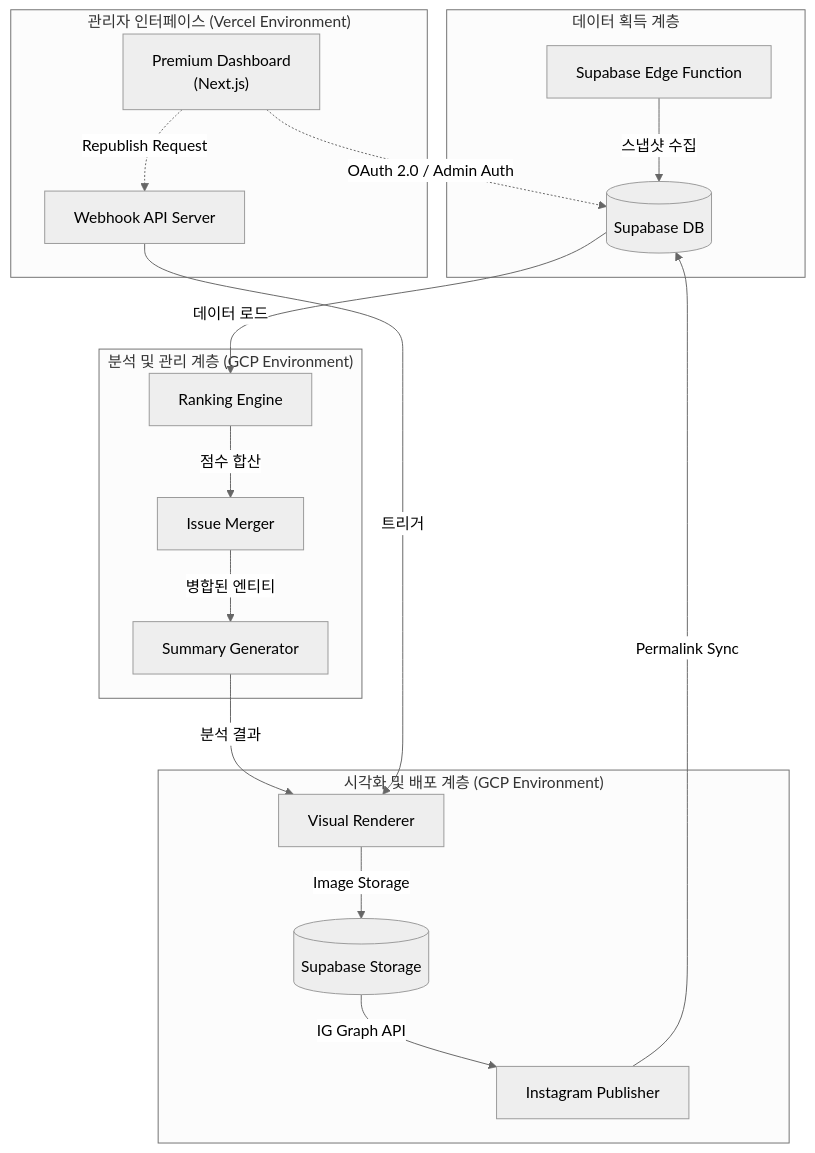
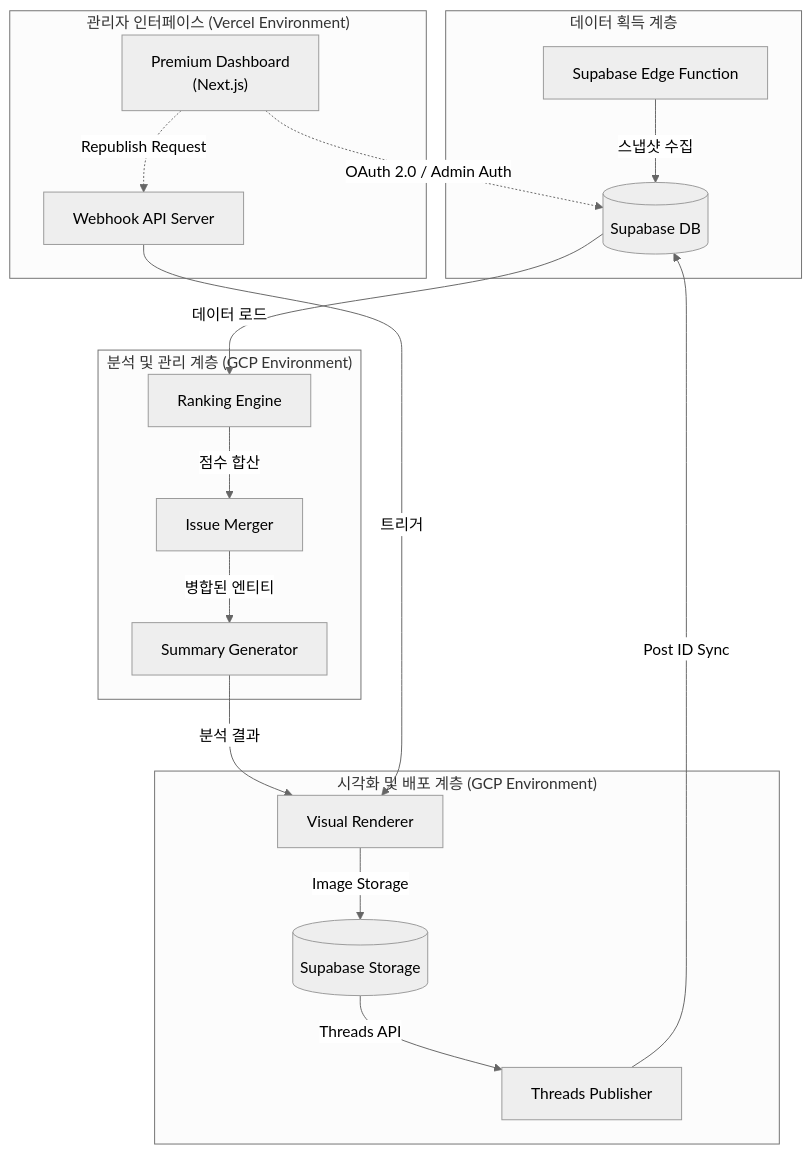
The diagram in README.md (Jay-Bang/ITssue), drawn with Mermaid (neutral theme) before and after one commit. The commit also changed other lines of this file and 7 other files, not shown here.

Commit message:
docs: pivot to Threads-centric documentation and cleanup legacy Instagram assets

````diff
--- a/README.md
+++ b/README.md
@@ -43,22 +43,22 @@
 ```mermaid
 graph TD;
     subgraph "데이터 획득 계층"
         A["Supabase Edge Function"] -- 스냅샷 수집 --> B[("Supabase DB")];
     end
     subgraph "분석 및 관리 계층 (GCP Environment)"
         B -- 데이터 로드 --> C["Ranking Engine"];
         C -- 점수 합산 --> D["Issue Merger"];
         D -- 병합된 엔티티 --> E["Summary Generator"];
     end
     subgraph "관리자 인터페이스 (Vercel Environment)"
         I["Premium Dashboard<br>(Next.js)"] -.->|OAuth 2.0 / Admin Auth| B;
         I -.->|Republish Request| J["Webhook API Server"];
     end
     subgraph "시각화 및 배포 계층 (GCP Environment)"
         E -- 분석 결과 --> F["Visual Renderer"];
         J -- 트리거 --> F;
         F -- Image Storage --> G[("Supabase Storage")];
-        G -- IG Graph API --> H["Instagram Publisher"];
-        H -- Permalink Sync --> B;
+        G -- Threads API --> H["Threads Publisher"];
+        H -- Post ID Sync --> B;
     end
 ```
````
